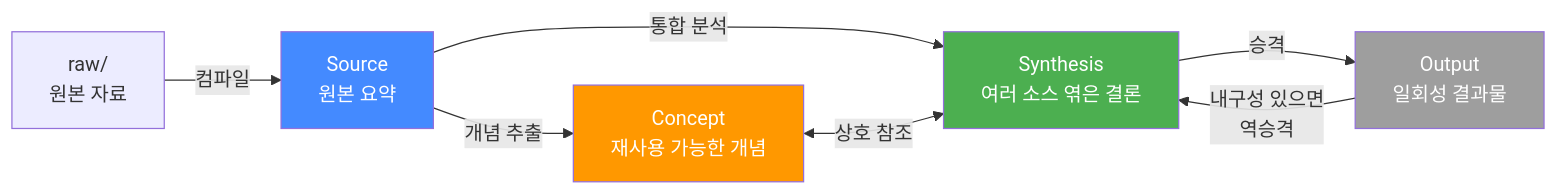
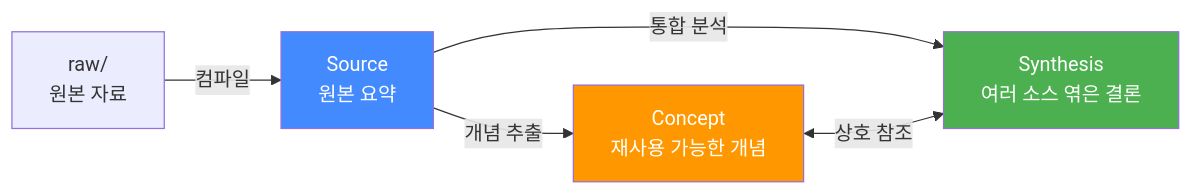
One commit to bjw202/Vault changed the third of 10 diagrams in docs/vault-system-guide.md. Above: the diagram before and after it, drawn with Mermaid. The commit also changed other lines of this file and 3 other files, not shown here.

````diff
--- a/docs/vault-system-guide.md
+++ b/docs/vault-system-guide.md
@@ -116,14 +116,11 @@
 ```mermaid
 flowchart LR
     RAW["raw/<br/>원본 자료"] -->|"컴파일"| SOURCE["Source<br/>원본 요약"]
     SOURCE -->|"개념 추출"| CONCEPT["Concept<br/>재사용 가능한 개념"]
     SOURCE -->|"통합 분석"| SYNTHESIS["Synthesis<br/>여러 소스 엮은 결론"]
     CONCEPT <-->|"상호 참조"| SYNTHESIS
-    SYNTHESIS -->|"승격"| OUTPUT["Output<br/>일회성 결과물"]
-    OUTPUT -->|"내구성 있으면<br/>역승격"| SYNTHESIS
 
     style SOURCE fill:#448aff,color:#fff
     style CONCEPT fill:#ff9800,color:#fff
     style SYNTHESIS fill:#4caf50,color:#fff
-    style OUTPUT fill:#9e9e9e,color:#fff
 ```
````
